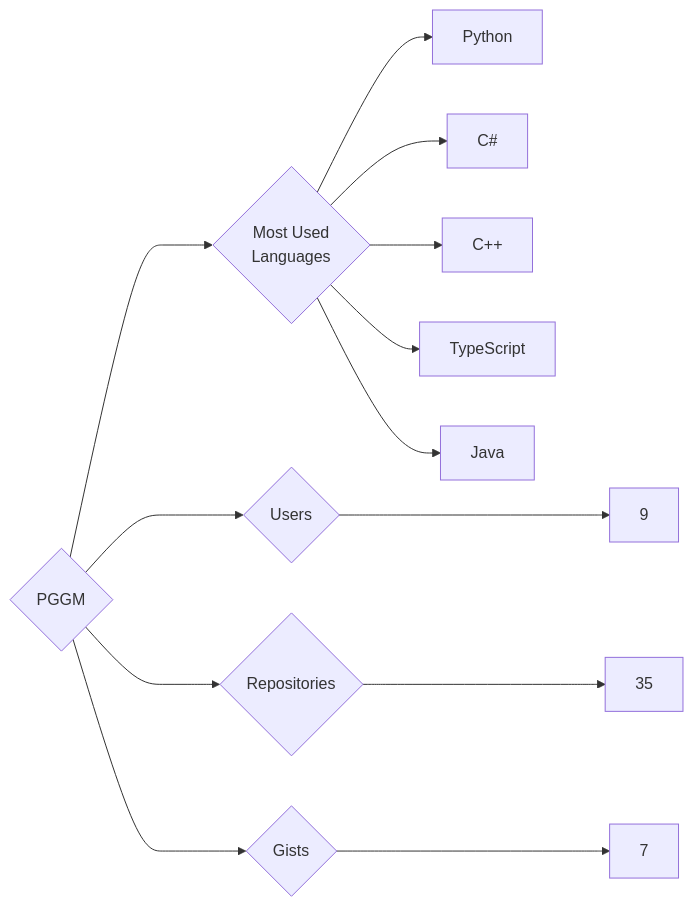
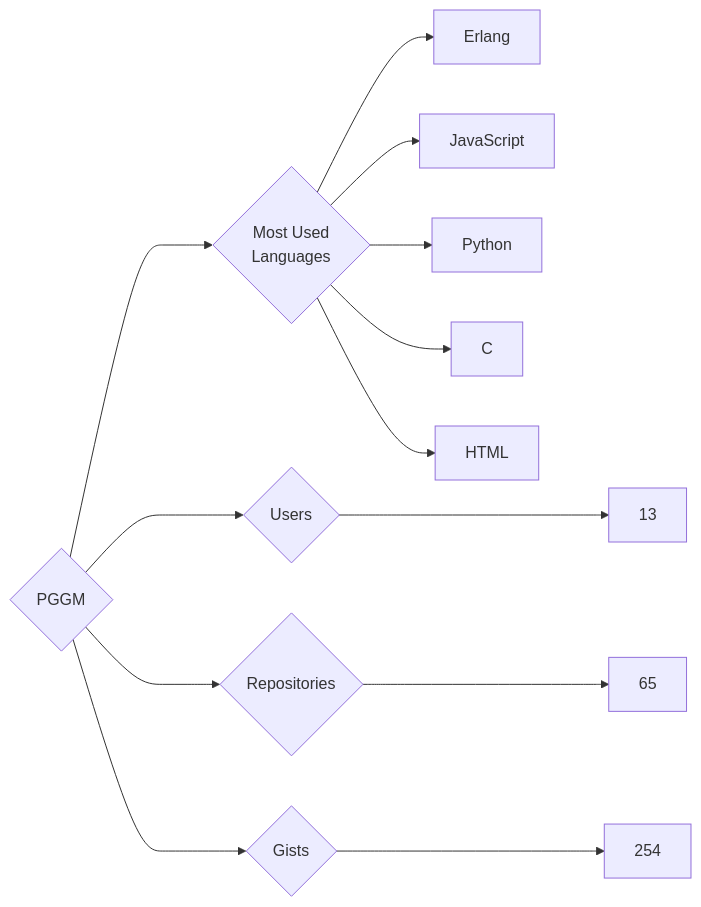
Before and after one commit to trickest/insiders: the diagram in targets/PGGM/README.md, drawn with Mermaid. The commit also changed 973 other files, not shown here.

````diff
--- a/targets/PGGM/README.md
+++ b/targets/PGGM/README.md
@@ -3,13 +3,13 @@
 ```mermaid
 graph LR
 COMPANY_NAME{PGGM}
-COMPANY_NAME ---> U{Users} ---> UN[9]
-COMPANY_NAME ---> R{Repositories} ---> RN[35]
-COMPANY_NAME ---> G{Gists} ---> GN[7]
+COMPANY_NAME ---> U{Users} ---> UN[13]
+COMPANY_NAME ---> R{Repositories} ---> RN[65]
+COMPANY_NAME ---> G{Gists} ---> GN[254]
 COMPANY_NAME ---> ML{Most Used<br>Languages}
+ML --> Erlang[Erlang]
+ML --> JavaScript[JavaScript]
 ML --> Python[Python]
-ML --> C#[C#]
-ML --> C++[C++]
-ML --> TypeScript[TypeScript]
-ML --> Java[Java]
+ML --> C[C]
+ML --> HTML[HTML]
 ```
````
